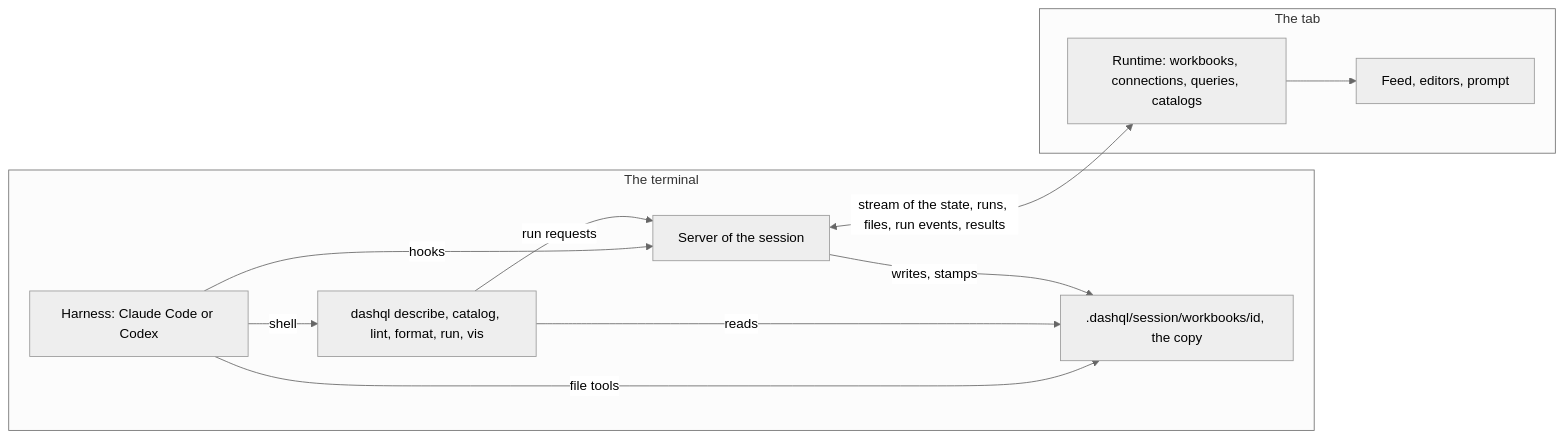
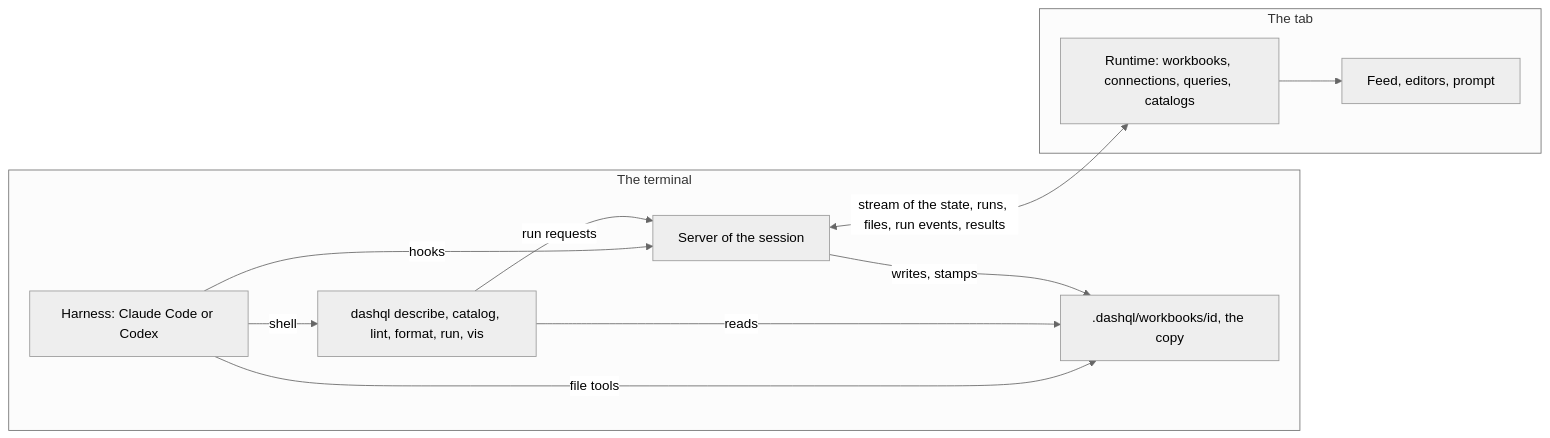
One commit to ankoh/dashql changed the first of 2 diagrams in docs/design/agent_integration.md. Above: the diagram before and after it, drawn with Mermaid (neutral theme). The commit also changed other lines of this file and 31 other files, not shown here.

````diff
--- a/docs/design/agent_integration.md
+++ b/docs/design/agent_integration.md
@@ -22,17 +22,17 @@
 ```mermaid
 flowchart LR
     subgraph Terminal[The terminal]
         H["Harness: Claude Code or Codex"] -->|hooks| S["Server of the session"]
         H -->|shell| C["dashql describe, catalog, lint, format, run, vis"]
-        H -->|file tools| F[".dashql/session/workbooks/id, the copy"]
+        H -->|file tools| F[".dashql/workbooks/id, the copy"]
         C -->|reads| F
         C -->|run requests| S
         S -->|writes, stamps| F
     end
     subgraph Tab[The tab]
         R["Runtime: workbooks, connections, queries, catalogs"]
         U["Feed, editors, prompt"]
         R --> U
     end
     S <-->|stream of the state, runs, files, run events, results| R
 ```
````
